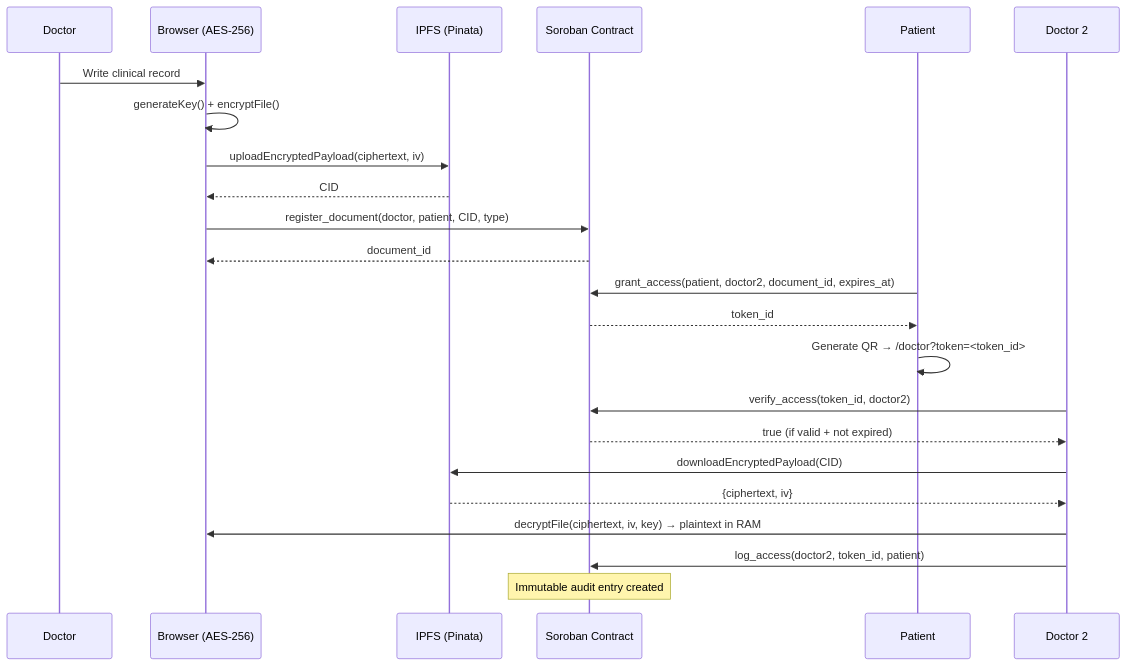
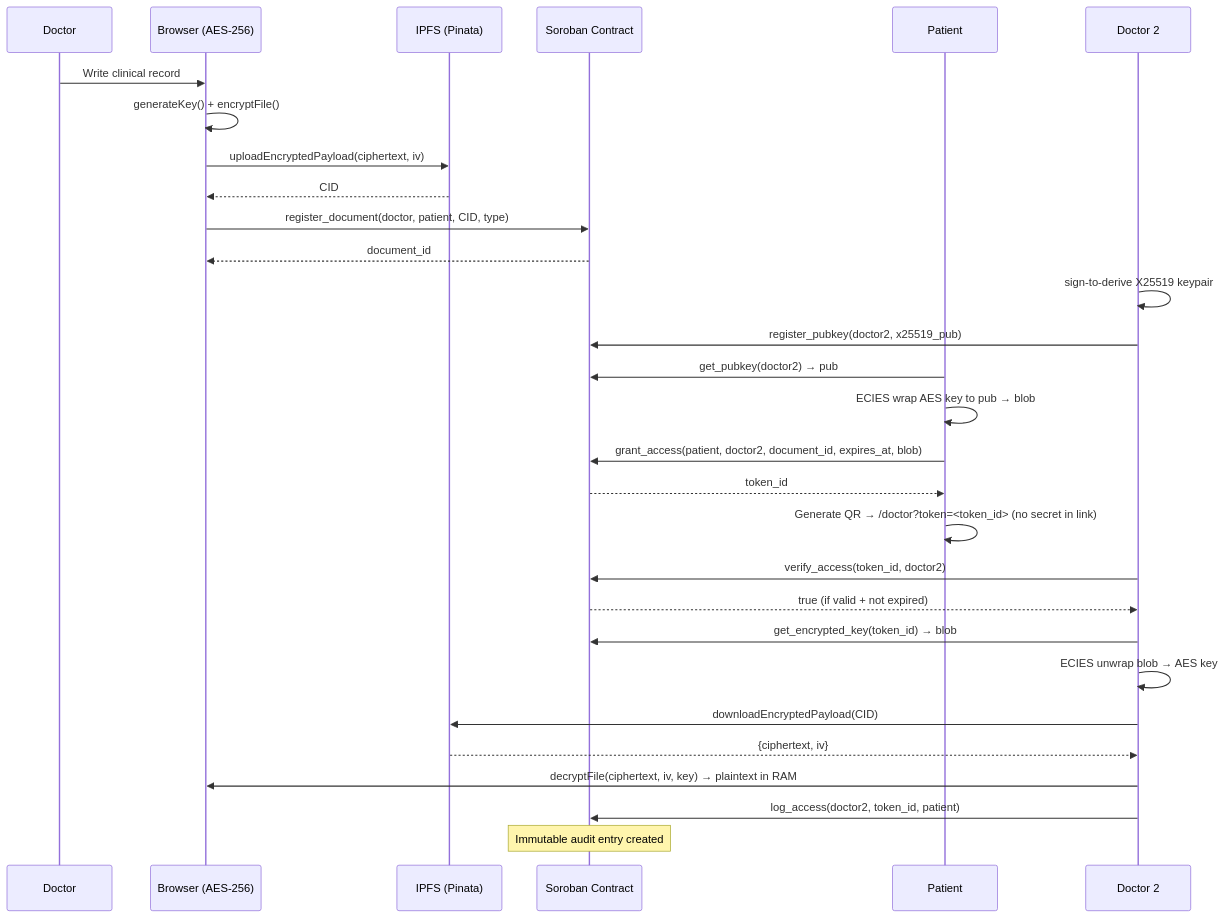
The second of 3 diagrams in README.md (DevCristobalvc/medvault-stellar), drawn with Mermaid before and after one commit. The commit also changed other lines of this file and 3 other files, not shown here.

Commit message:
Update docs for ECIES v0.5 architecture and i18n

````diff
--- a/README.md
+++ b/README.md
@@ -74,28 +83,35 @@
 ```mermaid
 sequenceDiagram
     participant D as Doctor
     participant B as Browser (AES-256)
     participant I as IPFS (Pinata)
     participant S as Soroban Contract
     participant P as Patient
     participant D2 as Doctor 2
 
     D->>B: Write clinical record
     B->>B: generateKey() + encryptFile()
     B->>I: uploadEncryptedPayload(ciphertext, iv)
     I-->>B: CID
     B->>S: register_document(doctor, patient, CID, type)
     S-->>B: document_id
 
-    P->>S: grant_access(patient, doctor2, document_id, expires_at)
+    D2->>D2: sign-to-derive X25519 keypair
+    D2->>S: register_pubkey(doctor2, x25519_pub)
+
+    P->>S: get_pubkey(doctor2) → pub
+    P->>P: ECIES wrap AES key to pub → blob
+    P->>S: grant_access(patient, doctor2, document_id, expires_at, blob)
     S-->>P: token_id
-    P->>P: Generate QR → /doctor?token=<token_id>
+    P->>P: Generate QR → /doctor?token=<token_id> (no secret in link)
 
     D2->>S: verify_access(token_id, doctor2)
     S-->>D2: true (if valid + not expired)
+    D2->>S: get_encrypted_key(token_id) → blob
+    D2->>D2: ECIES unwrap blob → AES key
     D2->>I: downloadEncryptedPayload(CID)
     I-->>D2: {ciphertext, iv}
     D2->>B: decryptFile(ciphertext, iv, key) → plaintext in RAM
     D2->>S: log_access(doctor2, token_id, patient)
     Note over S: Immutable audit entry created
 ```
````
